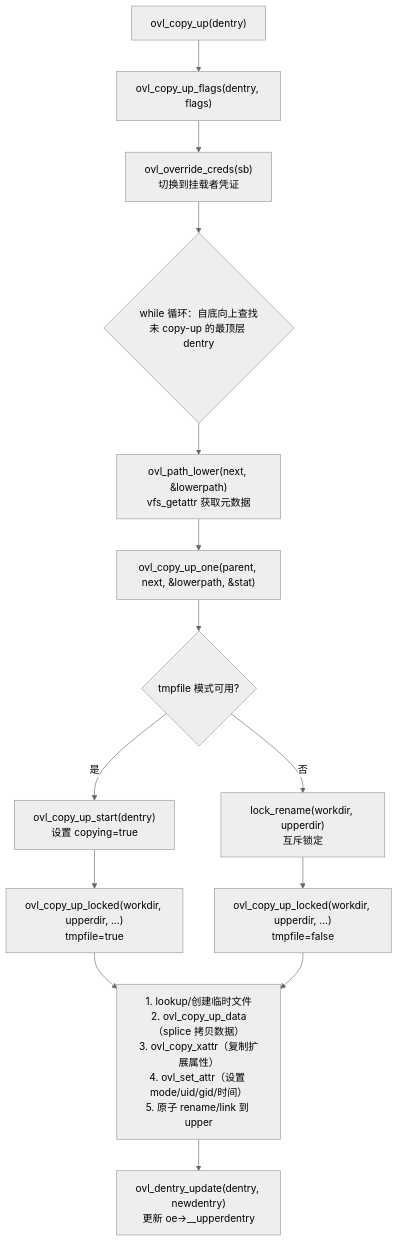
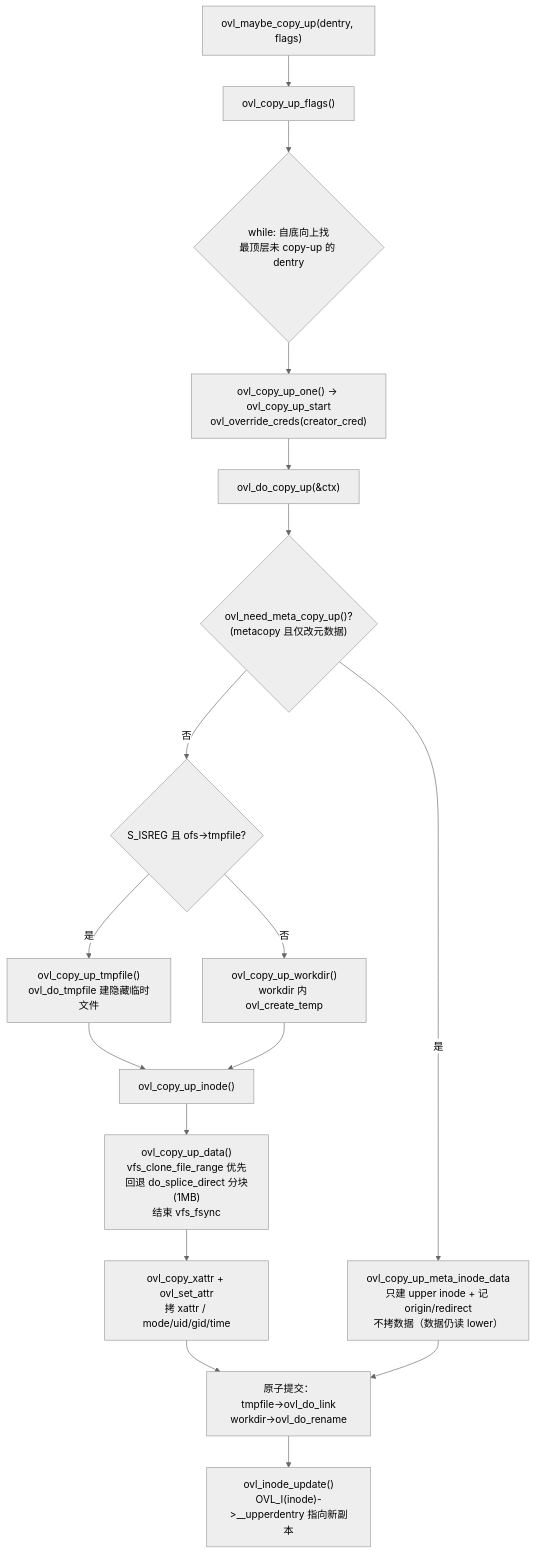
Before and after one commit to pandaychen/pandaychen.github.io: the seventh of 10 diagrams in _posts/2025-03-02-A-LINUX-KERNEL-TRAVEL-9.md, drawn with Mermaid (neutral theme). The commit also changed other lines of this file, not shown here.

````diff
--- a/_posts/2025-03-02-A-LINUX-KERNEL-TRAVEL-9.md
+++ b/_posts/2025-03-02-A-LINUX-KERNEL-TRAVEL-9.md
@@ -200,16 +1251,19 @@
 ```mermaid
 flowchart TD
-    A["ovl_copy_up(dentry)"] --> B["ovl_copy_up_flags(dentry, flags)"]
-    B --> C["ovl_override_creds(sb)\n切换到挂载者凭证"]
-    C --> D{"while 循环：自底向上查找\n未 copy-up 的最顶层 dentry"}
-    D --> E["ovl_path_lower(next, &lowerpath)\nvfs_getattr 获取元数据"]
-    E --> F["ovl_copy_up_one(parent, next, &lowerpath, &stat)"]
-    F --> G{"tmpfile 模式可用?"}
-    G -->|是| H["ovl_copy_up_start(dentry)\n设置 copying=true"]
-    H --> I["ovl_copy_up_locked(workdir, upperdir, ...)\ntmpfile=true"]
-    G -->|否| J["lock_rename(workdir, upperdir)\n互斥锁定"]
-    J --> K["ovl_copy_up_locked(workdir, upperdir, ...)\ntmpfile=false"]
-    I --> L["1. lookup/创建临时文件\n2. ovl_copy_up_data（splice 拷贝数据）\n3. ovl_copy_xattr（复制扩展属性）\n4. ovl_set_attr（设置 mode/uid/gid/时间）\n5. 原子 rename/link 到 upper"]
-    K --> L
-    L --> M["ovl_dentry_update(dentry, newdentry)\n更新 oe->__upperdentry"]
+    A["ovl_maybe_copy_up(dentry, flags)"] --> B["ovl_copy_up_flags()"]
+    B --> C{"while: 自底向上找<br/>最顶层未 copy-up 的 dentry"}
+    C --> D["ovl_copy_up_one() → ovl_copy_up_start<br/>ovl_override_creds(creator_cred)"]
+    D --> E["ovl_do_copy_up(&ctx)"]
+    E --> M0{"ovl_need_meta_copy_up()?<br/>(metacopy 且仅改元数据)"}
+    M0 -->|是| MC["ovl_copy_up_meta_inode_data<br/>只建 upper inode + 记 origin/redirect<br/>不拷数据（数据仍读 lower）"]
+    M0 -->|否| G{"S_ISREG 且 ofs->tmpfile?"}
+    G -->|是| TMP["ovl_copy_up_tmpfile()<br/>ovl_do_tmpfile 建隐藏临时文件"]
+    G -->|否| WD["ovl_copy_up_workdir()<br/>workdir 内 ovl_create_temp"]
+    TMP --> CUI["ovl_copy_up_inode()"]
+    WD --> CUI
+    CUI --> DATA["ovl_copy_up_data()<br/>vfs_clone_file_range 优先<br/>回退 do_splice_direct 分块(1MB)<br/>结束 vfs_fsync"]
+    DATA --> XA["ovl_copy_xattr + ovl_set_attr<br/>拷 xattr / mode/uid/gid/time"]
+    XA --> COMMIT["原子提交：tmpfile→ovl_do_link<br/>workdir→ovl_do_rename"]
+    MC --> COMMIT
+    COMMIT --> UPD["ovl_inode_update()<br/>OVL_I(inode)->__upperdentry 指向新副本"]
 ```
````
